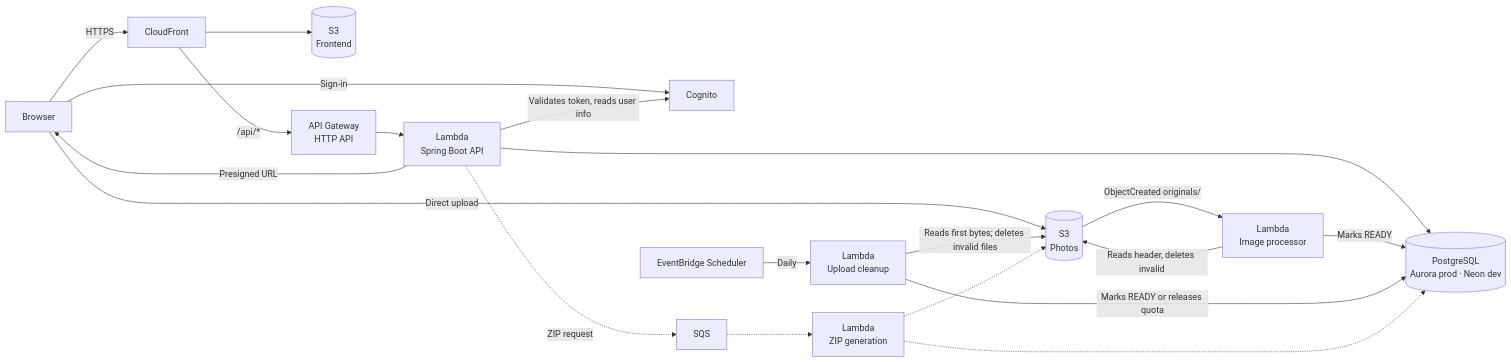
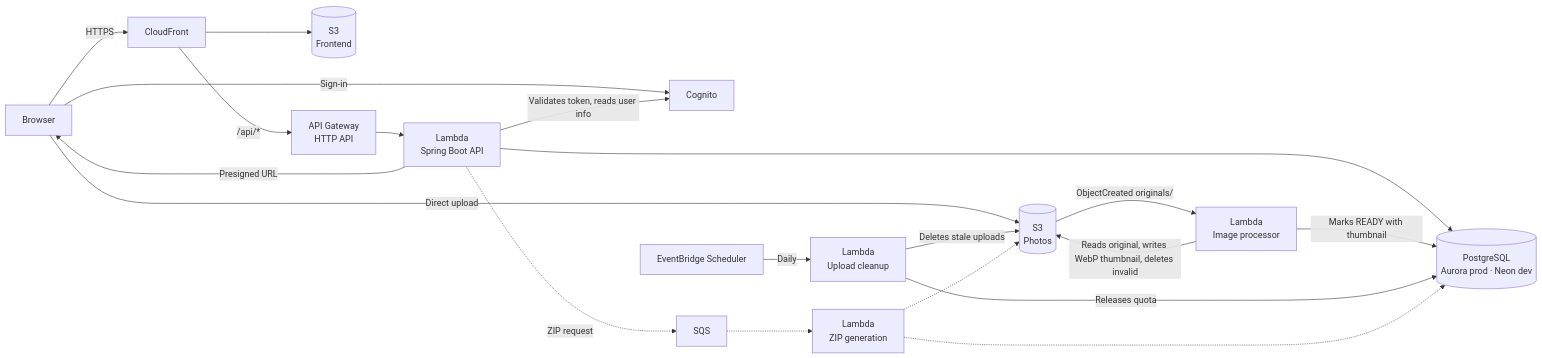
The diagram in README.md (Eduard20CR/2026-pictures-pov-app), drawn with Mermaid before and after one commit. The commit also changed other lines of this file and 23 other files, not shown here.

````diff
--- a/README.md
+++ b/README.md
@@ -35,22 +35,22 @@
 ```mermaid
 flowchart LR
     U[Browser] -->|HTTPS| CF[CloudFront]
     CF --> WEB[(S3<br/>Frontend)]
     CF -->|/api/*| APIGW[API Gateway<br/>HTTP API]
     APIGW --> L[Lambda<br/>Spring Boot API]
     L --> DB[(PostgreSQL<br/>Aurora prod · Neon dev)]
     L -->|Presigned URL| U
     U -->|Direct upload| S3[(S3<br/>Photos)]
     U -->|Sign-in| COG[Cognito]
     L -->|Validates token, reads user info| COG
     S3 -->|ObjectCreated originals/| IP[Lambda<br/>Image processor]
-    IP -->|Reads header, deletes invalid| S3
-    IP -->|Marks READY| DB
+    IP -->|Reads original, writes WebP thumbnail, deletes invalid| S3
+    IP -->|Marks READY with thumbnail| DB
     SCH[EventBridge Scheduler] -->|Daily| UC[Lambda<br/>Upload cleanup]
-    UC -->|Reads first bytes; deletes invalid files| S3
-    UC -->|Marks READY or releases quota| DB
+    UC -->|Deletes stale uploads| S3
+    UC -->|Releases quota| DB
     L -.->|ZIP request| Q[SQS]
     Q -.-> Z[Lambda<br/>ZIP generation]
     Z -.-> S3
     Z -.-> DB
 ```
````
